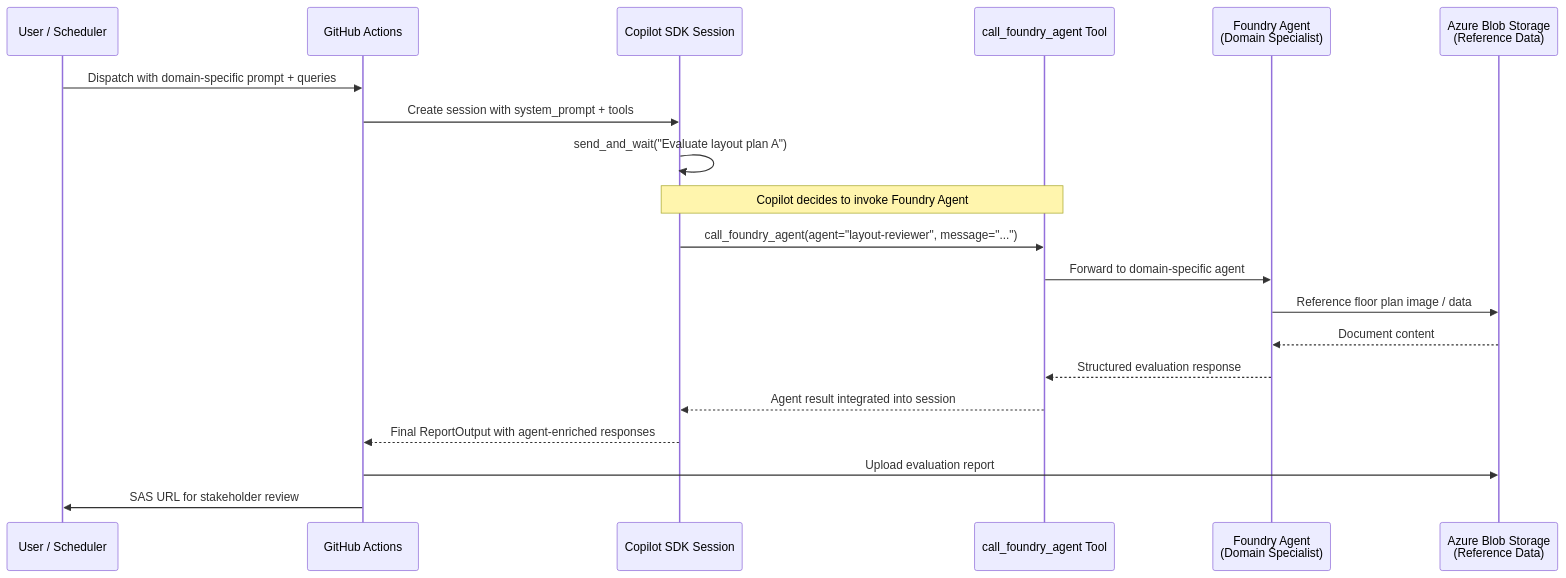
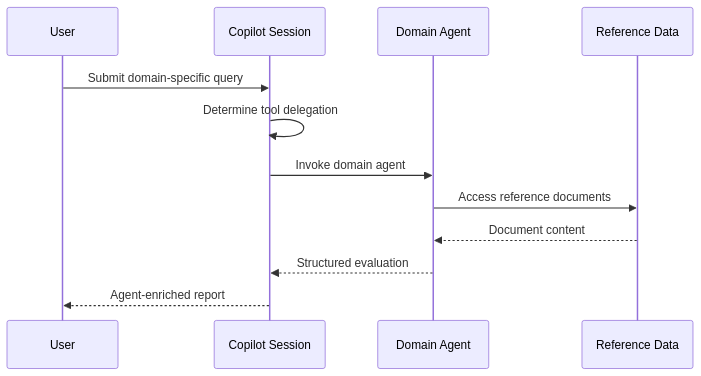
One commit to ks6088ts/template-github-copilot changed the third of 5 diagrams in docs/copilot_report_forge/architecture.md. Above: the diagram before and after it, drawn with Mermaid. The commit also changed other lines of this file and 14 other files, not shown here.

````diff
--- a/docs/copilot_report_forge/architecture.md
+++ b/docs/copilot_report_forge/architecture.md
@@ -404,25 +123,15 @@
 ```mermaid
 sequenceDiagram
-    participant User as User / Scheduler
-    participant GA as GitHub Actions
-    participant SDK as Copilot SDK Session
-    participant Tool as call_foundry_agent Tool
-    participant Agent as Foundry Agent<br/>(Domain Specialist)
-    participant Blob as Azure Blob Storage<br/>(Reference Data)
+    participant User
+    participant SDK as Copilot Session
+    participant Agent as Domain Agent
+    participant Data as Reference Data
 
-    User->>GA: Dispatch with domain-specific prompt + queries
-    GA->>SDK: Create session with system_prompt + tools
-    SDK->>SDK: send_and_wait("Evaluate layout plan A")
-
-    Note over SDK,Tool: Copilot decides to invoke Foundry Agent
-    SDK->>Tool: call_foundry_agent(agent="layout-reviewer", message="...")
-    Tool->>Agent: Forward to domain-specific agent
-    Agent->>Blob: Reference floor plan image / data
-    Blob-->>Agent: Document content
-    Agent-->>Tool: Structured evaluation response
-    Tool-->>SDK: Agent result integrated into session
-
-    SDK-->>GA: Final ReportOutput with agent-enriched responses
-    GA->>Blob: Upload evaluation report
-    GA->>User: SAS URL for stakeholder review
+    User->>SDK: Submit domain-specific query
+    SDK->>SDK: Determine tool delegation
+    SDK->>Agent: Invoke domain agent
+    Agent->>Data: Access reference documents
+    Data-->>Agent: Document content
+    Agent-->>SDK: Structured evaluation
+    SDK-->>User: Agent-enriched report
 ```
````
